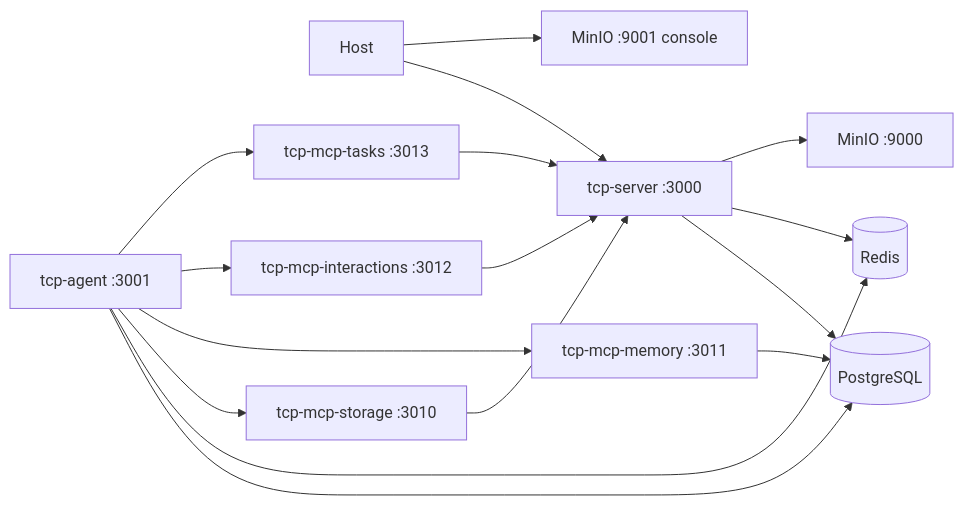
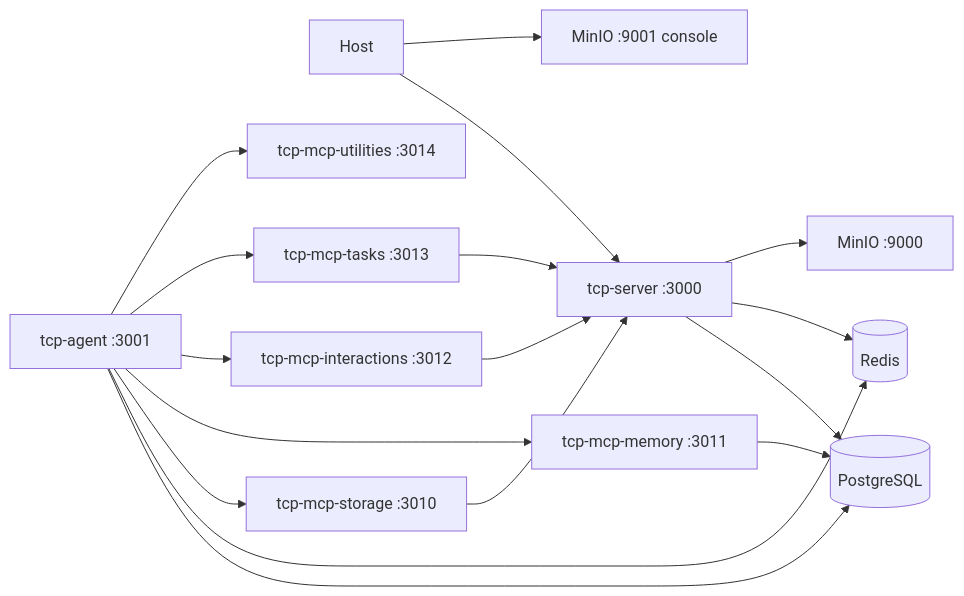
One commit to instantiator/tcp-server changed the diagram in docs/manual-testing/01-infrastructure.md. Above: the diagram before and after it, drawn with Mermaid. The commit also changed other lines of this file and 19 other files, not shown here.

First line of the commit message:
Document the utilities MCP server and regenerate the web API types

````diff
--- a/docs/manual-testing/01-infrastructure.md
+++ b/docs/manual-testing/01-infrastructure.md
@@ -7,19 +7,20 @@
 ```mermaid
 graph LR
     H[Host] --> S[tcp-server :3000]
     H --> MIO[MinIO :9001 console]
     A[tcp-agent :3001]
     S --> PG[(PostgreSQL)]
     S --> RD[(Redis)]
     S --> MIO2[MinIO :9000]
     A --> PG
     A --> RD
     A --> MS[tcp-mcp-storage :3010]
     A --> MM[tcp-mcp-memory :3011]
     A --> MI[tcp-mcp-interactions :3012]
     A --> MT[tcp-mcp-tasks :3013]
+    A --> MU[tcp-mcp-utilities :3014]
     MS --> S
     MI --> S
     MT --> S
     MM --> PG
 ```
````
